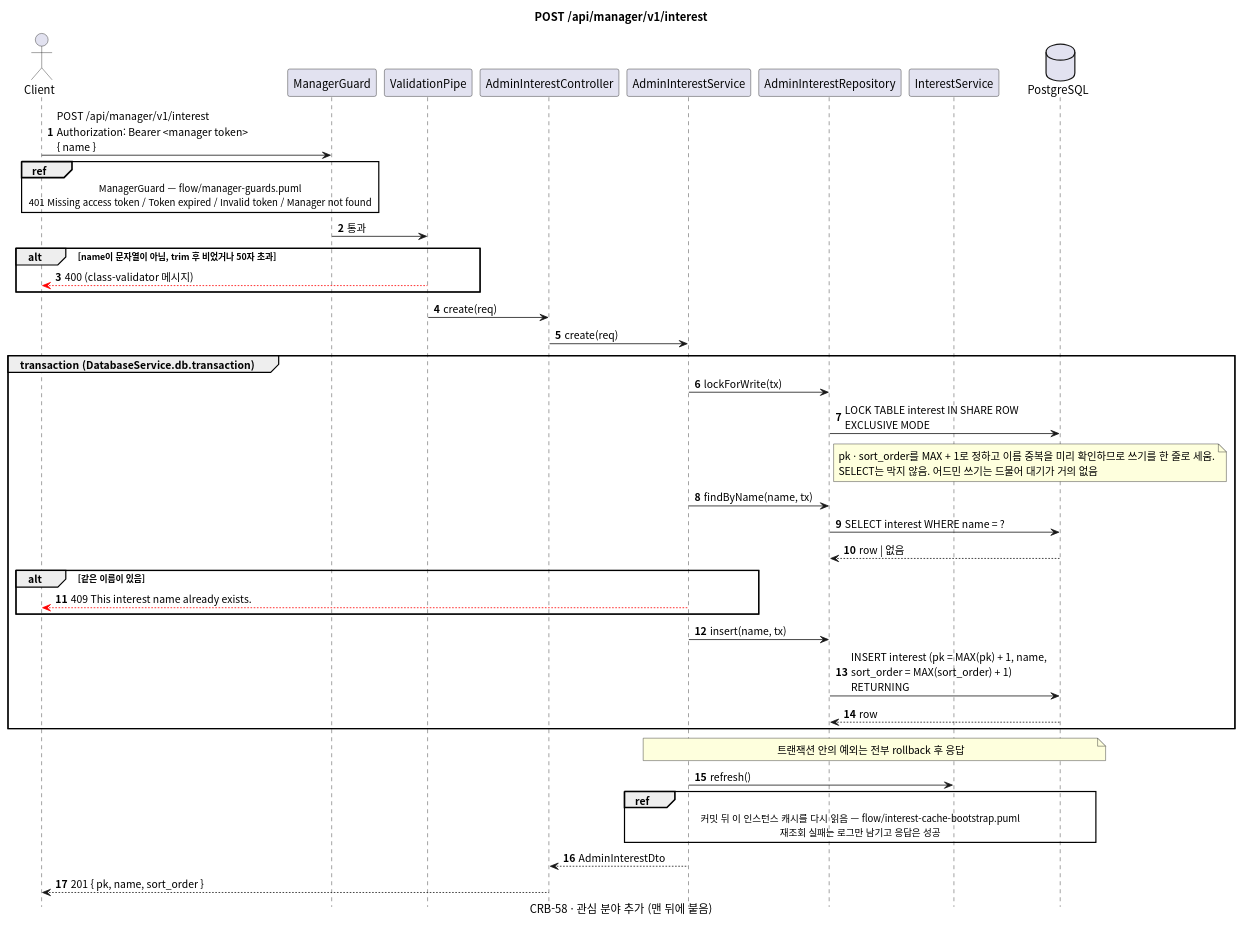
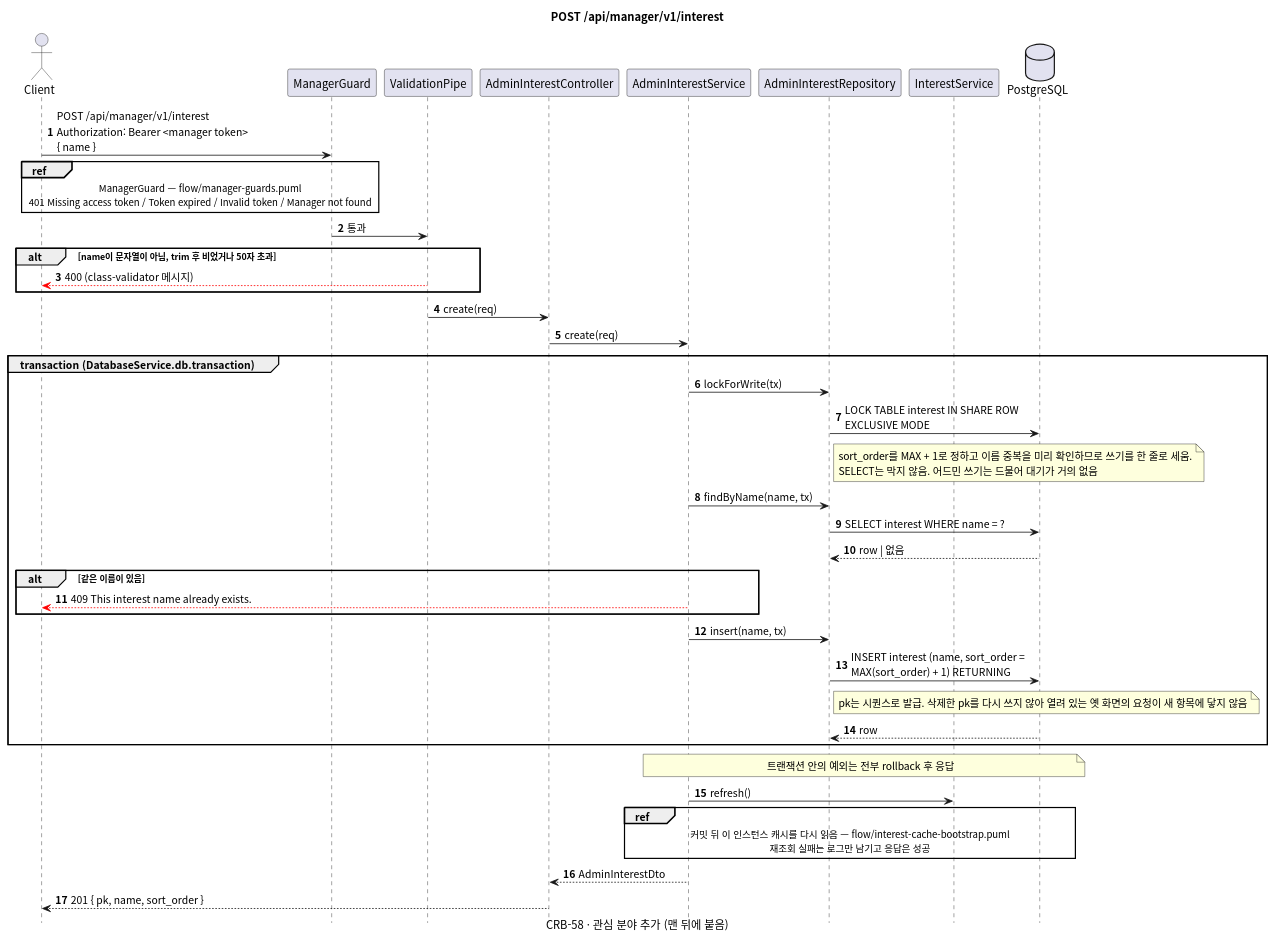
One commit to gsainfoteam/cheers-be changed the diagram in docs/sequence/manager/post-interest.puml. Above: the diagram before and after it, drawn with PlantUML. The commit also changed 9 other files, not shown here.

```diff
--- a/docs/sequence/manager/post-interest.puml
+++ b/docs/sequence/manager/post-interest.puml
@@ -1,54 +1,55 @@
 @startuml post-manager-interest
 skinparam defaultFontName "Apple SD Gothic Neo", "Noto Sans CJK KR", sans-serif
 skinparam responseMessageBelowArrow true
 skinparam sequenceMessageAlign left
 skinparam maxMessageSize 260
 skinparam BoxPadding 8
 skinparam shadowing false
 autonumber
 hide footbox
 
 title POST /api/manager/v1/interest
 caption CRB-58 · 관심 분야 추가 (맨 뒤에 붙음)
 
 actor Client
 participant "ManagerGuard" as Guard
 participant "ValidationPipe" as Pipe
 participant "AdminInterestController" as Controller
 participant "AdminInterestService" as Service
 participant "AdminInterestRepository" as AdminInterestRepository
 participant "InterestService" as InterestService
 database PostgreSQL
 
 Client -> Guard: POST /api/manager/v1/interest\nAuthorization: Bearer <manager token>\n{ name }
 ref over Client, Guard: ManagerGuard — flow/manager-guards.puml\n401 Missing access token / Token expired / Invalid token / Manager not found
 Guard -> Pipe: 통과
 alt name이 문자열이 아님, trim 후 비었거나 50자 초과
   Pipe -[#red]-> Client: 400 (class-validator 메시지)
 end
 Pipe -> Controller: create(req)
 Controller -> Service: create(req)
 group transaction (DatabaseService.db.transaction)
   Service -> AdminInterestRepository: lockForWrite(tx)
   AdminInterestRepository -> PostgreSQL: LOCK TABLE interest IN SHARE ROW EXCLUSIVE MODE
   note right of AdminInterestRepository
-    pk · sort_order를 MAX + 1로 정하고 이름 중복을 미리 확인하므로 쓰기를 한 줄로 세움.
+    sort_order를 MAX + 1로 정하고 이름 중복을 미리 확인하므로 쓰기를 한 줄로 세움.
     SELECT는 막지 않음. 어드민 쓰기는 드물어 대기가 거의 없음
   end note
   Service -> AdminInterestRepository: findByName(name, tx)
   AdminInterestRepository -> PostgreSQL: SELECT interest WHERE name = ?
   PostgreSQL --> AdminInterestRepository: row | 없음
   alt 같은 이름이 있음
     Service -[#red]-> Client: 409 This interest name already exists.
   end
   Service -> AdminInterestRepository: insert(name, tx)
-  AdminInterestRepository -> PostgreSQL: INSERT interest (pk = MAX(pk) + 1, name, sort_order = MAX(sort_order) + 1) RETURNING
+  AdminInterestRepository -> PostgreSQL: INSERT interest (name, sort_order = MAX(sort_order) + 1) RETURNING
+  note right of AdminInterestRepository: pk는 시퀀스로 발급. 삭제한 pk를 다시 쓰지 않아 열려 있는 옛 화면의 요청이 새 항목에 닿지 않음
   PostgreSQL --> AdminInterestRepository: row
 end
 note over Service, PostgreSQL: 트랜잭션 안의 예외는 전부 rollback 후 응답
 Service -> InterestService: refresh()
 ref over Service, PostgreSQL: 커밋 뒤 이 인스턴스 캐시를 다시 읽음 — flow/interest-cache-bootstrap.puml\n재조회 실패는 로그만 남기고 응답은 성공
 Service --> Controller: AdminInterestDto
 Controller --> Client: 201 { pk, name, sort_order }
 
 @enduml
```
